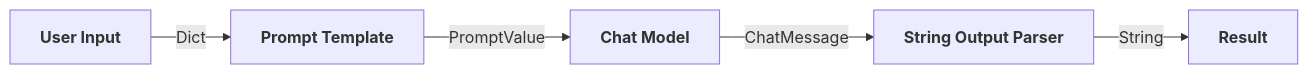
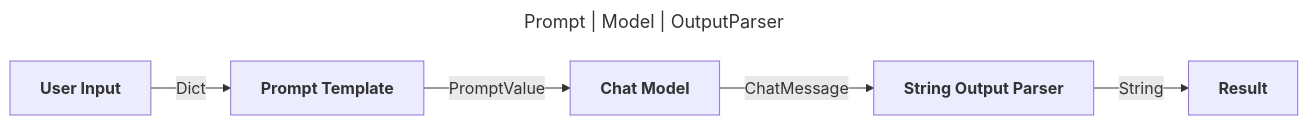
The diagram in docs/langchain-package/0-Basic-Example.md (gnknithin/Notes), drawn with Mermaid before and after one commit.

Commit message:
LangChain : added title Basic Example

````diff
--- a/docs/langchain-package/0-Basic-Example.md
+++ b/docs/langchain-package/0-Basic-Example.md
@@ -1,12 +1,15 @@
 ```mermaid
+---
+title: Prompt | Model | OutputParser
+---
 flowchart LR
     userInput["`**User Input**`"]
     promptTemplate["`**Prompt Template**`"]
     chatModel["`**Chat Model**`"]
     strOutputParser["`**String Output Parser**`"]
     result["`**Result**`"]
     userInput-->|Dict|promptTemplate
     promptTemplate -->|PromptValue|chatModel
     chatModel -->|ChatMessage|strOutputParser
     strOutputParser -->|String|result
 ```
````
